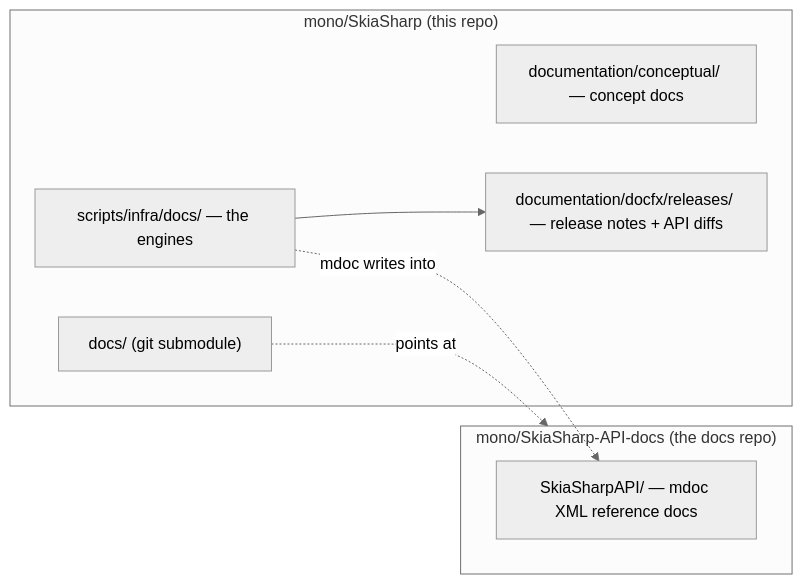
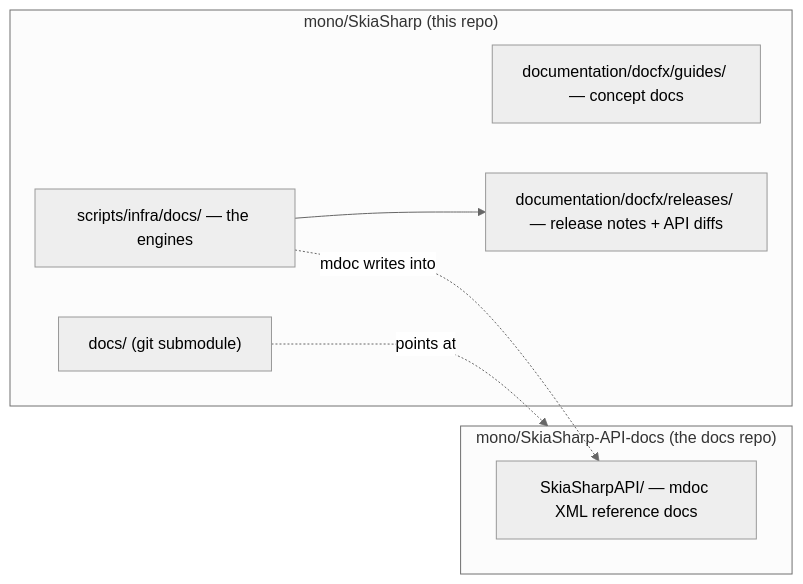
The first of 2 diagrams in documentation/dev/docs-overview.md (mono/SkiaSharp), drawn with Mermaid (neutral theme) before and after one commit. The commit also changed other lines of this file and 15 other files, not shown here.

````diff
--- a/documentation/dev/docs-overview.md
+++ b/documentation/dev/docs-overview.md
@@ -51,15 +51,15 @@
 ```mermaid
 flowchart LR
   subgraph A["mono/SkiaSharp (this repo)"]
-    conceptual["documentation/conceptual/ — concept docs"]
+    conceptual["documentation/docfx/guides/ — concept docs"]
     releases["documentation/docfx/releases/ — release notes + API diffs"]
     engines["scripts/infra/docs/ — the engines"]
     submodule["docs/ (git submodule)"]
   end
   subgraph B["mono/SkiaSharp-API-docs (the docs repo)"]
     xml["SkiaSharpAPI/ — mdoc XML reference docs"]
   end
   submodule -. "points at" .-> B
   engines --> releases
   engines -. "mdoc writes into" .-> xml
 ```
````
